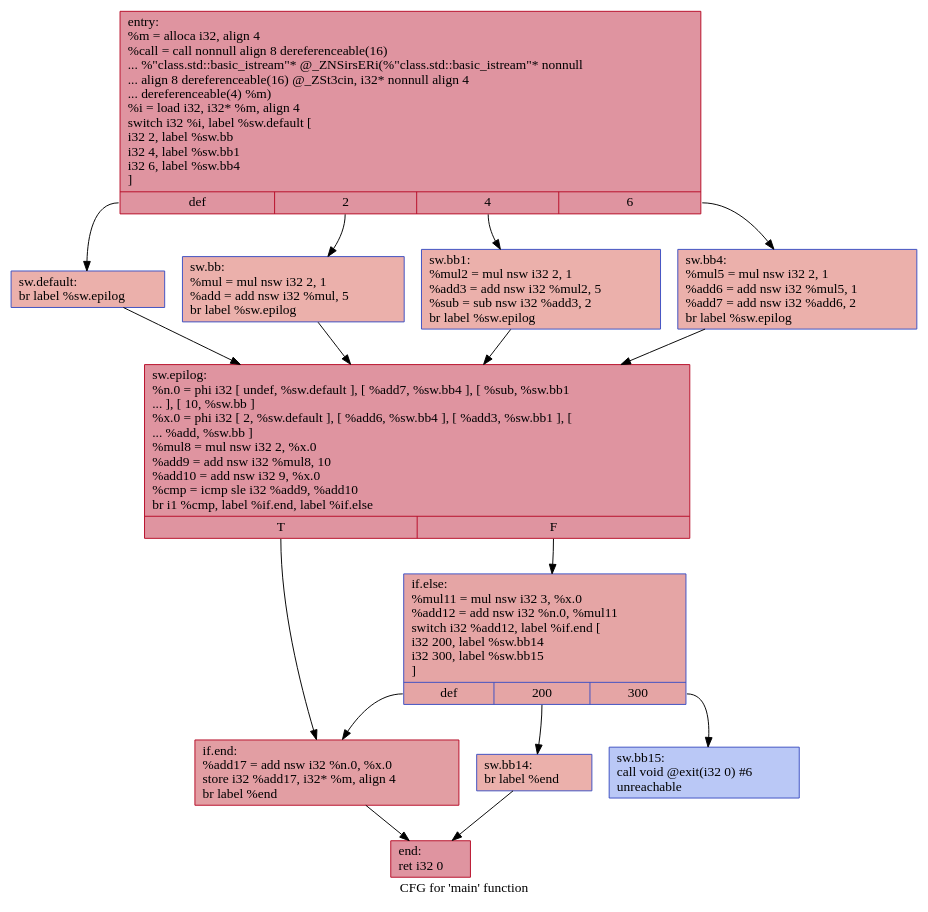
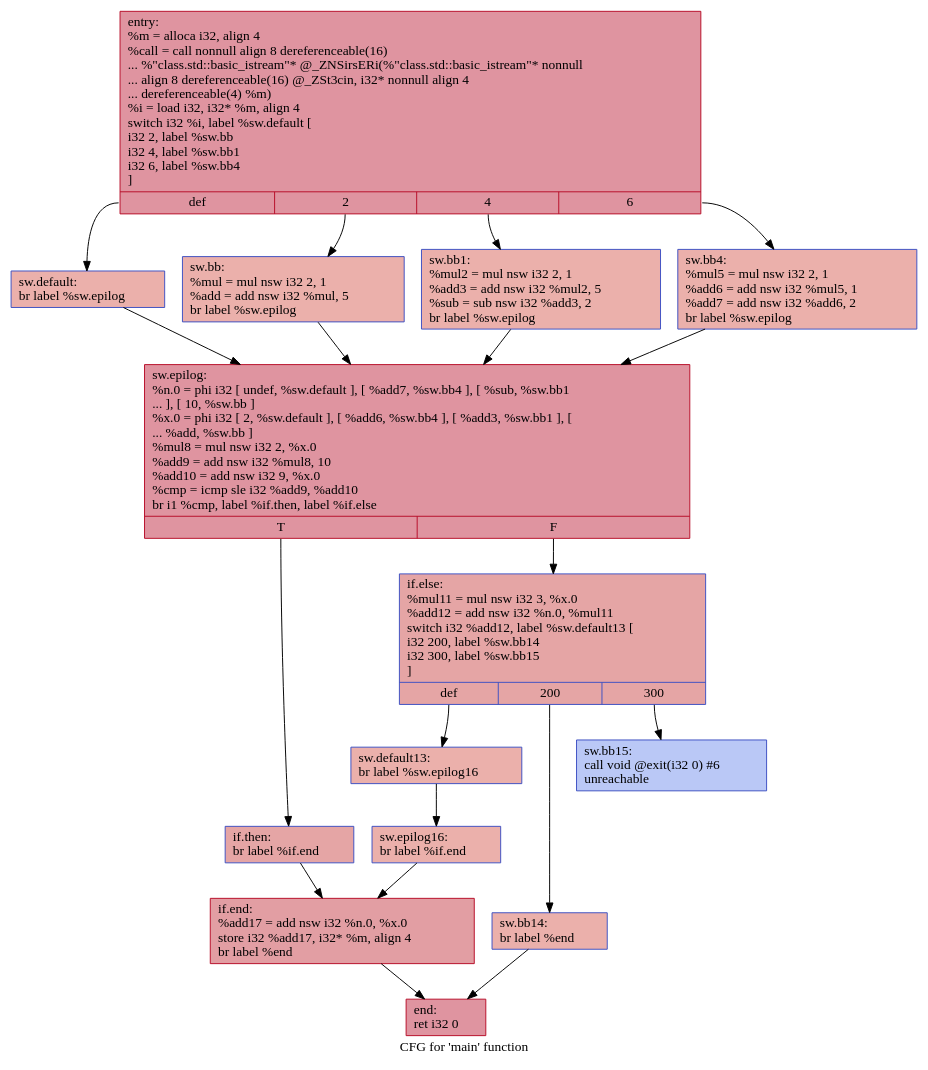
The diagram in IR/cfg/baseline.dot (HPSSA-LLVM/HPSSA-LLVM), drawn with Graphviz before and after one commit. The commit also changed 45 other files, not shown here.

```diff
--- a/IR/cfg/baseline.dot
+++ b/IR/cfg/baseline.dot
@@ -1,30 +1,36 @@
 digraph "CFG for 'main' function" {
 	label="CFG for 'main' function";
 
-	Node0x5615e06fad50 [shape=record,color="#b70d28ff", style=filled, fillcolor="#b70d2870",label="{entry:\l  %m = alloca i32, align 4\l  %call = call nonnull align 8 dereferenceable(16)\l... %\"class.std::basic_istream\"* @_ZNSirsERi(%\"class.std::basic_istream\"* nonnull\l... align 8 dereferenceable(16) @_ZSt3cin, i32* nonnull align 4\l... dereferenceable(4) %m)\l  %i = load i32, i32* %m, align 4\l  switch i32 %i, label %sw.default [\l    i32 2, label %sw.bb\l    i32 4, label %sw.bb1\l    i32 6, label %sw.bb4\l  ]\l|{<s0>def|<s1>2|<s2>4|<s3>6}}"];
-	Node0x5615e06fad50:s0 -> Node0x5615e06fb1c0;
-	Node0x5615e06fad50:s1 -> Node0x5615e06fb2d0;
-	Node0x5615e06fad50:s2 -> Node0x5615e06fb3d0;
-	Node0x5615e06fad50:s3 -> Node0x5615e06fb4d0;
-	Node0x5615e06fb2d0 [shape=record,color="#3d50c3ff", style=filled, fillcolor="#d24b4070",label="{sw.bb:                                            \l  %mul = mul nsw i32 2, 1\l  %add = add nsw i32 %mul, 5\l  br label %sw.epilog\l}"];
-	Node0x5615e06fb2d0 -> Node0x5615e06fb780;
-	Node0x5615e06fb3d0 [shape=record,color="#3d50c3ff", style=filled, fillcolor="#d24b4070",label="{sw.bb1:                                           \l  %mul2 = mul nsw i32 2, 1\l  %add3 = add nsw i32 %mul2, 5\l  %sub = sub nsw i32 %add3, 2\l  br label %sw.epilog\l}"];
-	Node0x5615e06fb3d0 -> Node0x5615e06fb780;
-	Node0x5615e06fb4d0 [shape=record,color="#3d50c3ff", style=filled, fillcolor="#d24b4070",label="{sw.bb4:                                           \l  %mul5 = mul nsw i32 2, 1\l  %add6 = add nsw i32 %mul5, 1\l  %add7 = add nsw i32 %add6, 2\l  br label %sw.epilog\l}"];
-	Node0x5615e06fb4d0 -> Node0x5615e06fb780;
-	Node0x5615e06fb1c0 [shape=record,color="#3d50c3ff", style=filled, fillcolor="#d24b4070",label="{sw.default:                                       \l  br label %sw.epilog\l}"];
-	Node0x5615e06fb1c0 -> Node0x5615e06fb780;
-	Node0x5615e06fb780 [shape=record,color="#b70d28ff", style=filled, fillcolor="#b70d2870",label="{sw.epilog:                                        \l  %n.0 = phi i32 [ undef, %sw.default ], [ %add7, %sw.bb4 ], [ %sub, %sw.bb1\l... ], [ 10, %sw.bb ]\l  %x.0 = phi i32 [ 2, %sw.default ], [ %add6, %sw.bb4 ], [ %add3, %sw.bb1 ], [\l... %add, %sw.bb ]\l  %mul8 = mul nsw i32 2, %x.0\l  %add9 = add nsw i32 %mul8, 10\l  %add10 = add nsw i32 9, %x.0\l  %cmp = icmp sle i32 %add9, %add10\l  br i1 %cmp, label %if.end, label %if.else\l|{<s0>T|<s1>F}}"];
-	Node0x5615e06fb780:s0 -> Node0x5615e06fc910;
-	Node0x5615e06fb780:s1 -> Node0x5615e06fc980;
-	Node0x5615e06fc980 [shape=record,color="#3d50c3ff", style=filled, fillcolor="#c5333470",label="{if.else:                                          \l  %mul11 = mul nsw i32 3, %x.0\l  %add12 = add nsw i32 %n.0, %mul11\l  switch i32 %add12, label %if.end [\l    i32 200, label %sw.bb14\l    i32 300, label %sw.bb15\l  ]\l|{<s0>def|<s1>200|<s2>300}}"];
-	Node0x5615e06fc980:s0 -> Node0x5615e06fc910;
-	Node0x5615e06fc980:s1 -> Node0x5615e06fcf80;
-	Node0x5615e06fc980:s2 -> Node0x5615e06fd020;
-	Node0x5615e06fcf80 [shape=record,color="#3d50c3ff", style=filled, fillcolor="#d24b4070",label="{sw.bb14:                                          \l  br label %end\l}"];
-	Node0x5615e06fcf80 -> Node0x5615e06fd1b0;
-	Node0x5615e06fd020 [shape=record,color="#3d50c3ff", style=filled, fillcolor="#6282ea70",label="{sw.bb15:                                          \l  call void @exit(i32 0) #6\l  unreachable\l}"];
-	Node0x5615e06fc910 [shape=record,color="#b70d28ff", style=filled, fillcolor="#be242e70",label="{if.end:                                           \l  %add17 = add nsw i32 %n.0, %x.0\l  store i32 %add17, i32* %m, align 4\l  br label %end\l}"];
-	Node0x5615e06fc910 -> Node0x5615e06fd1b0;
-	Node0x5615e06fd1b0 [shape=record,color="#b70d28ff", style=filled, fillcolor="#b70d2870",label="{end:                                              \l  ret i32 0\l}"];
+	Node0x55c2193ecce0 [shape=record,color="#b70d28ff", style=filled, fillcolor="#b70d2870",label="{entry:\l  %m = alloca i32, align 4\l  %call = call nonnull align 8 dereferenceable(16)\l... %\"class.std::basic_istream\"* @_ZNSirsERi(%\"class.std::basic_istream\"* nonnull\l... align 8 dereferenceable(16) @_ZSt3cin, i32* nonnull align 4\l... dereferenceable(4) %m)\l  %i = load i32, i32* %m, align 4\l  switch i32 %i, label %sw.default [\l    i32 2, label %sw.bb\l    i32 4, label %sw.bb1\l    i32 6, label %sw.bb4\l  ]\l|{<s0>def|<s1>2|<s2>4|<s3>6}}"];
+	Node0x55c2193ecce0:s0 -> Node0x55c2193ed150;
+	Node0x55c2193ecce0:s1 -> Node0x55c2193ed260;
+	Node0x55c2193ecce0:s2 -> Node0x55c2193ed360;
+	Node0x55c2193ecce0:s3 -> Node0x55c2193ed460;
+	Node0x55c2193ed260 [shape=record,color="#3d50c3ff", style=filled, fillcolor="#d24b4070",label="{sw.bb:                                            \l  %mul = mul nsw i32 2, 1\l  %add = add nsw i32 %mul, 5\l  br label %sw.epilog\l}"];
+	Node0x55c2193ed260 -> Node0x55c2193ed710;
+	Node0x55c2193ed360 [shape=record,color="#3d50c3ff", style=filled, fillcolor="#d24b4070",label="{sw.bb1:                                           \l  %mul2 = mul nsw i32 2, 1\l  %add3 = add nsw i32 %mul2, 5\l  %sub = sub nsw i32 %add3, 2\l  br label %sw.epilog\l}"];
+	Node0x55c2193ed360 -> Node0x55c2193ed710;
+	Node0x55c2193ed460 [shape=record,color="#3d50c3ff", style=filled, fillcolor="#d24b4070",label="{sw.bb4:                                           \l  %mul5 = mul nsw i32 2, 1\l  %add6 = add nsw i32 %mul5, 1\l  %add7 = add nsw i32 %add6, 2\l  br label %sw.epilog\l}"];
+	Node0x55c2193ed460 -> Node0x55c2193ed710;
+	Node0x55c2193ed150 [shape=record,color="#3d50c3ff", style=filled, fillcolor="#d24b4070",label="{sw.default:                                       \l  br label %sw.epilog\l}"];
+	Node0x55c2193ed150 -> Node0x55c2193ed710;
+	Node0x55c2193ed710 [shape=record,color="#b70d28ff", style=filled, fillcolor="#b70d2870",label="{sw.epilog:                                        \l  %n.0 = phi i32 [ undef, %sw.default ], [ %add7, %sw.bb4 ], [ %sub, %sw.bb1\l... ], [ 10, %sw.bb ]\l  %x.0 = phi i32 [ 2, %sw.default ], [ %add6, %sw.bb4 ], [ %add3, %sw.bb1 ], [\l... %add, %sw.bb ]\l  %mul8 = mul nsw i32 2, %x.0\l  %add9 = add nsw i32 %mul8, 10\l  %add10 = add nsw i32 9, %x.0\l  %cmp = icmp sle i32 %add9, %add10\l  br i1 %cmp, label %if.then, label %if.else\l|{<s0>T|<s1>F}}"];
+	Node0x55c2193ed710:s0 -> Node0x55c2193ee8a0;
+	Node0x55c2193ed710:s1 -> Node0x55c2193ee910;
+	Node0x55c2193ee8a0 [shape=record,color="#3d50c3ff", style=filled, fillcolor="#c5333470",label="{if.then:                                          \l  br label %if.end\l}"];
+	Node0x55c2193ee8a0 -> Node0x55c2193eed50;
+	Node0x55c2193ee910 [shape=record,color="#3d50c3ff", style=filled, fillcolor="#c5333470",label="{if.else:                                          \l  %mul11 = mul nsw i32 3, %x.0\l  %add12 = add nsw i32 %n.0, %mul11\l  switch i32 %add12, label %sw.default13 [\l    i32 200, label %sw.bb14\l    i32 300, label %sw.bb15\l  ]\l|{<s0>def|<s1>200|<s2>300}}"];
+	Node0x55c2193ee910:s0 -> Node0x55c2193eefc0;
+	Node0x55c2193ee910:s1 -> Node0x55c2193ef070;
+	Node0x55c2193ee910:s2 -> Node0x55c2193ef110;
+	Node0x55c2193eefc0 [shape=record,color="#3d50c3ff", style=filled, fillcolor="#d24b4070",label="{sw.default13:                                     \l  br label %sw.epilog16\l}"];
+	Node0x55c2193eefc0 -> Node0x55c2193ef2a0;
+	Node0x55c2193ef070 [shape=record,color="#3d50c3ff", style=filled, fillcolor="#d24b4070",label="{sw.bb14:                                          \l  br label %end\l}"];
+	Node0x55c2193ef070 -> Node0x55c2193ef390;
+	Node0x55c2193ef110 [shape=record,color="#3d50c3ff", style=filled, fillcolor="#6282ea70",label="{sw.bb15:                                          \l  call void @exit(i32 0) #6\l  unreachable\l}"];
+	Node0x55c2193ef2a0 [shape=record,color="#3d50c3ff", style=filled, fillcolor="#d24b4070",label="{sw.epilog16:                                      \l  br label %if.end\l}"];
+	Node0x55c2193ef2a0 -> Node0x55c2193eed50;
+	Node0x55c2193eed50 [shape=record,color="#b70d28ff", style=filled, fillcolor="#be242e70",label="{if.end:                                           \l  %add17 = add nsw i32 %n.0, %x.0\l  store i32 %add17, i32* %m, align 4\l  br label %end\l}"];
+	Node0x55c2193eed50 -> Node0x55c2193ef390;
+	Node0x55c2193ef390 [shape=record,color="#b70d28ff", style=filled, fillcolor="#b70d2870",label="{end:                                              \l  ret i32 0\l}"];
 }
```
